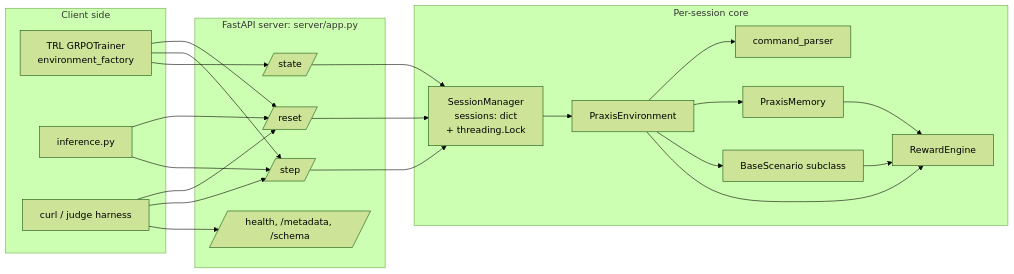
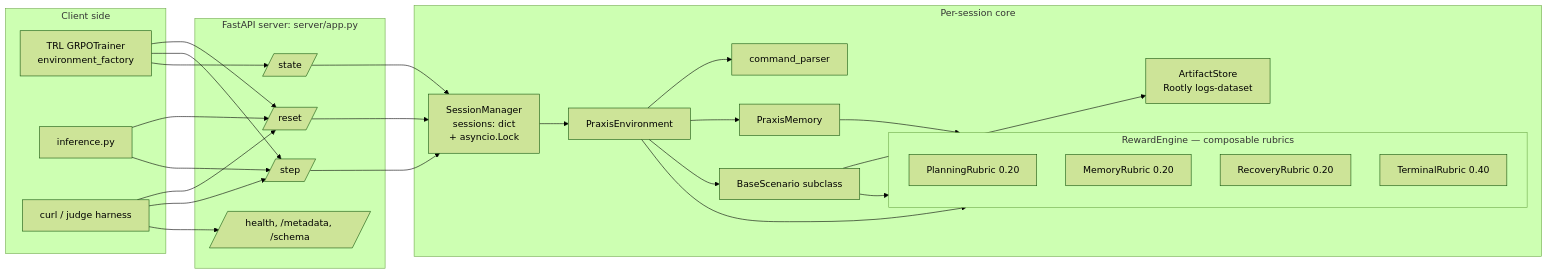
The first of 7 diagrams in idea/Plan/Architecture/DataFlow.md (Gokul287/Praxis), drawn with Mermaid (forest theme) before and after one commit. The commit also changed other lines of this file and 16 other files, not shown here.

````diff
--- a/idea/Plan/Architecture/DataFlow.md
+++ b/idea/Plan/Architecture/DataFlow.md
@@ -11,45 +11,52 @@
 ```mermaid
 flowchart LR
     subgraph Client[Client side]
         T[TRL GRPOTrainer<br/>environment_factory]
         I[inference.py]
         H[curl / judge harness]
     end
 
     subgraph API[FastAPI server: server/app.py]
         R[/reset/]
         S[/step/]
         ST[/state/]
         HE[/health, /metadata, /schema/]
     end
 
     subgraph Core[Per-session core]
-        SM[SessionManager<br/>sessions: dict<br/>+ threading.Lock]
+        SM[SessionManager<br/>sessions: dict<br/>+ asyncio.Lock]
         PE[PraxisEnvironment]
         CP[command_parser]
         MEM[PraxisMemory]
         SC[BaseScenario subclass]
-        RE[RewardEngine]
+        AS[ArtifactStore<br/>Rootly logs-dataset]
+        subgraph RUB[RewardEngine — composable rubrics]
+            PR[PlanningRubric 0.20]
+            MR[MemoryRubric 0.20]
+            RR[RecoveryRubric 0.20]
+            TR[TerminalRubric 0.40]
+        end
     end
 
     T --> R
     I --> R
     H --> R
     T --> S
     I --> S
     H --> S
     T --> ST
     H --> HE
 
     R --> SM
     S --> SM
     ST --> SM
 
     SM --> PE
     PE --> CP
     PE --> MEM
     PE --> SC
-    PE --> RE
-    SC --> RE
-    MEM --> RE
+    PE --> RUB
+    SC --> AS
+    SC --> RUB
+    MEM --> RUB
 ```
````
